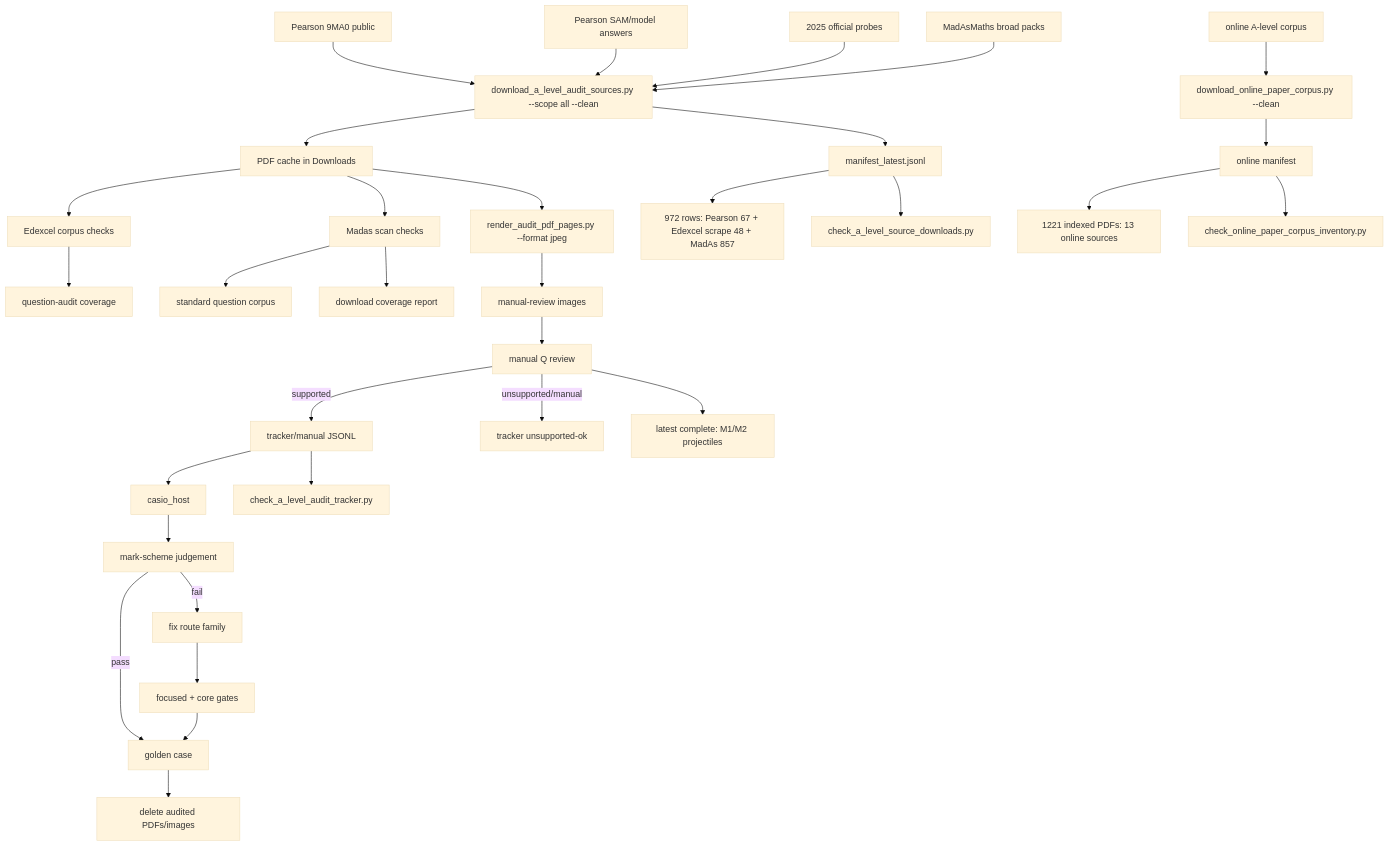
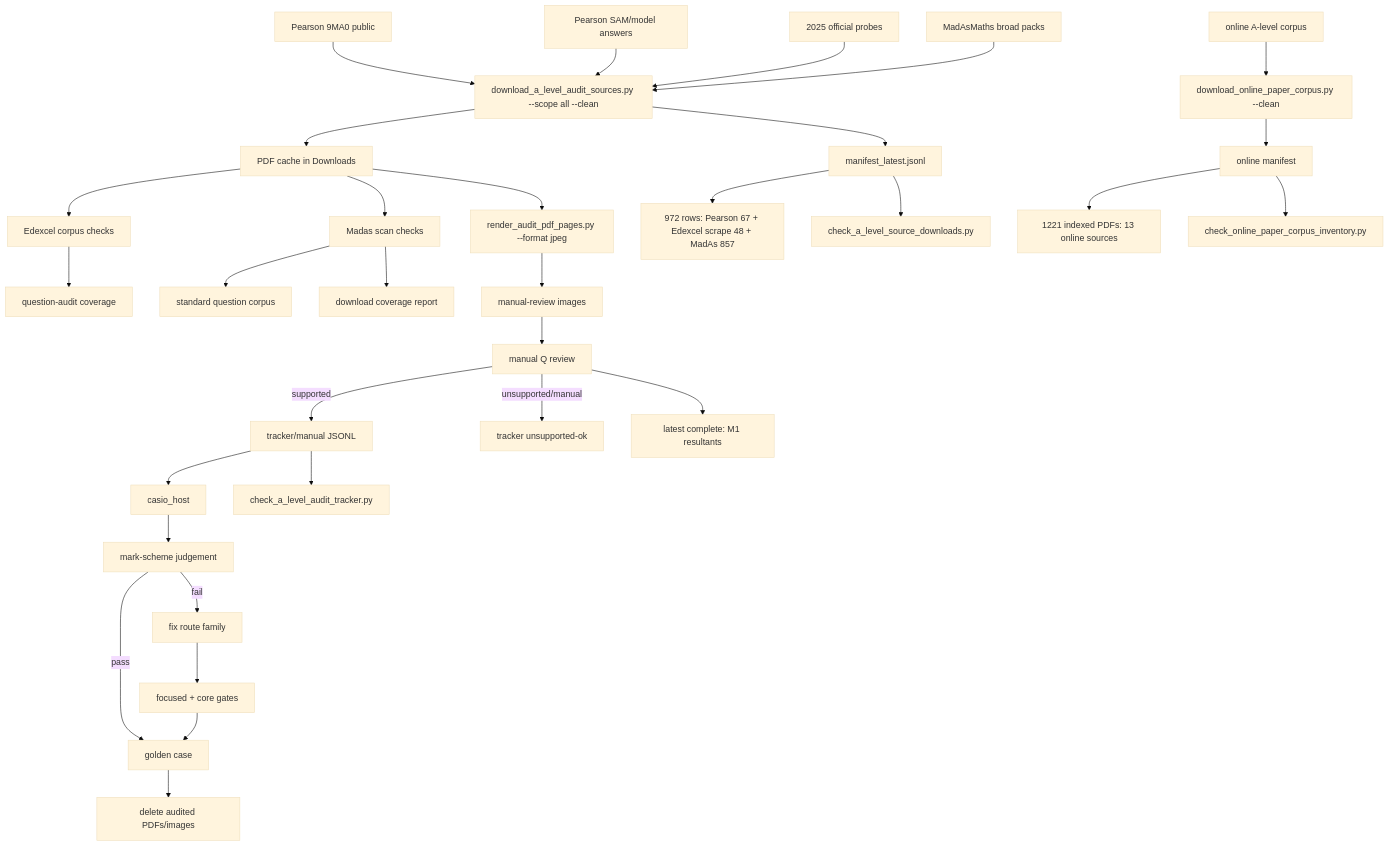
One commit to james8464/notes-addin-casio-fx-cg50 changed the diagram in c++/tools/golden/a_level_audit_graph.md. Above: the diagram before and after it, drawn with Mermaid (base theme). The commit also changed other lines of this file and 2 other files, not shown here.

Commit message:
Audit M1 resultants booklet

````diff
--- a/c++/tools/golden/a_level_audit_graph.md
+++ b/c++/tools/golden/a_level_audit_graph.md
@@ -3,34 +3,34 @@
 ```mermaid
 graph TD
   E1["Pearson 9MA0 public"] --> D["download_a_level_audit_sources.py --scope all --clean"]
   E2["Pearson SAM/model answers"] --> D
   E3["2025 official probes"] --> D
   M1["MadAsMaths broad packs"] --> D
   O1["online A-level corpus"] --> OD["download_online_paper_corpus.py --clean"]
   D --> P["PDF cache in Downloads"]
   D --> X["manifest_latest.jsonl"]
   OD --> OX["online manifest"]
   X --> XC["972 rows: Pearson 67 + Edexcel scrape 48 + MadAs 857"]
   OX --> OC["1221 indexed PDFs: 13 online sources"]
   X --> V["check_a_level_source_downloads.py"]
   OX --> OV["check_online_paper_corpus_inventory.py"]
   P --> E["Edexcel corpus checks"]
   E --> EQ["question-audit coverage"]
   P --> S["Madas scan checks"]
   S --> M["standard question corpus"]
   S --> MC["download coverage report"]
   P --> R["render_audit_pdf_pages.py --format jpeg"]
   R --> I["manual-review images"]
   I --> Q["manual Q review"]
   Q -->|supported| J["tracker/manual JSONL"]
   Q -->|unsupported/manual| U["tracker unsupported-ok"]
   J --> H["casio_host"]
   J --> K["check_a_level_audit_tracker.py"]
   H --> C["mark-scheme judgement"]
   C -->|pass| G["golden case"]
   C -->|fail| F["fix route family"]
   F --> T["focused + core gates"]
   T --> G
   G --> Z["delete audited PDFs/images"]
-  Q --> Qt["latest complete: M1/M2 projectiles"]
+  Q --> Qt["latest complete: M1 resultants"]
 ```
````
